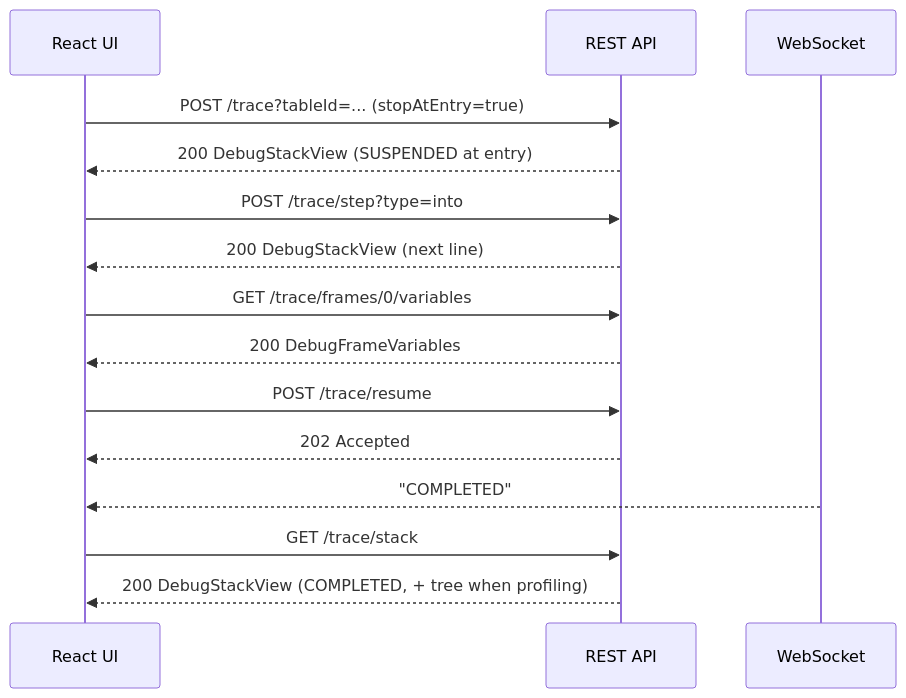
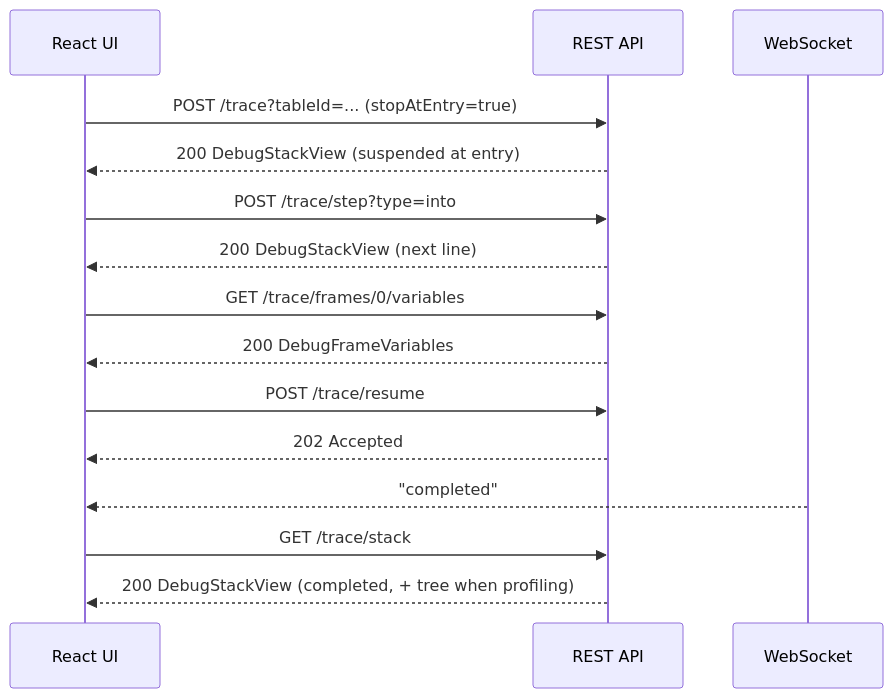
One commit to openl-tablets/openl-tablets changed the second of 2 diagrams in Docs/api/projects-trace-api.md. Above: the diagram before and after it, drawn with Mermaid. The commit also changed other lines of this file and 38 other files, not shown here.

````diff
--- a/Docs/api/projects-trace-api.md
+++ b/Docs/api/projects-trace-api.md
@@ -542,18 +542,18 @@
 ```mermaid
 sequenceDiagram
     participant UI as React UI
     participant API as REST API
     participant WS as WebSocket
 
     UI->>API: POST /trace?tableId=... (stopAtEntry=true)
-    API-->>UI: 200 DebugStackView (SUSPENDED at entry)
+    API-->>UI: 200 DebugStackView (suspended at entry)
     UI->>API: POST /trace/step?type=into
     API-->>UI: 200 DebugStackView (next line)
     UI->>API: GET /trace/frames/0/variables
     API-->>UI: 200 DebugFrameVariables
     UI->>API: POST /trace/resume
     API-->>UI: 202 Accepted
-    WS-->>UI: "COMPLETED"
+    WS-->>UI: "completed"
     UI->>API: GET /trace/stack
-    API-->>UI: 200 DebugStackView (COMPLETED, + tree when profiling)
+    API-->>UI: 200 DebugStackView (completed, + tree when profiling)
 ```
````
